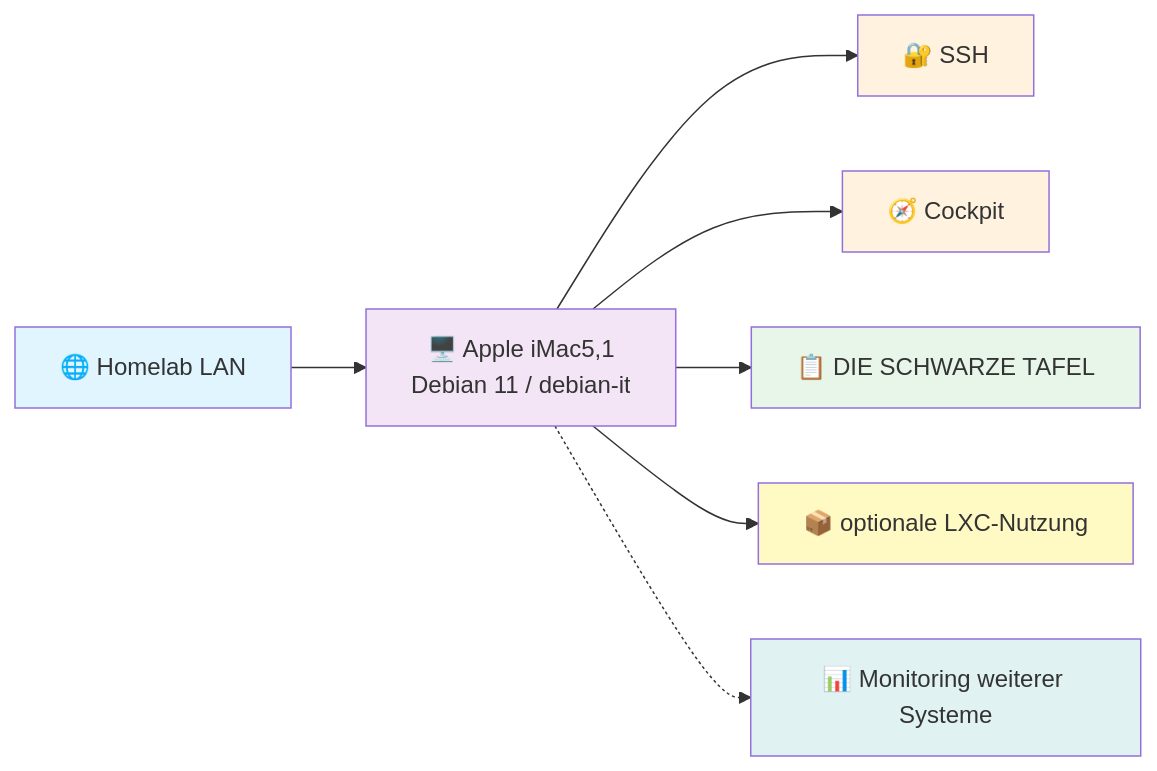
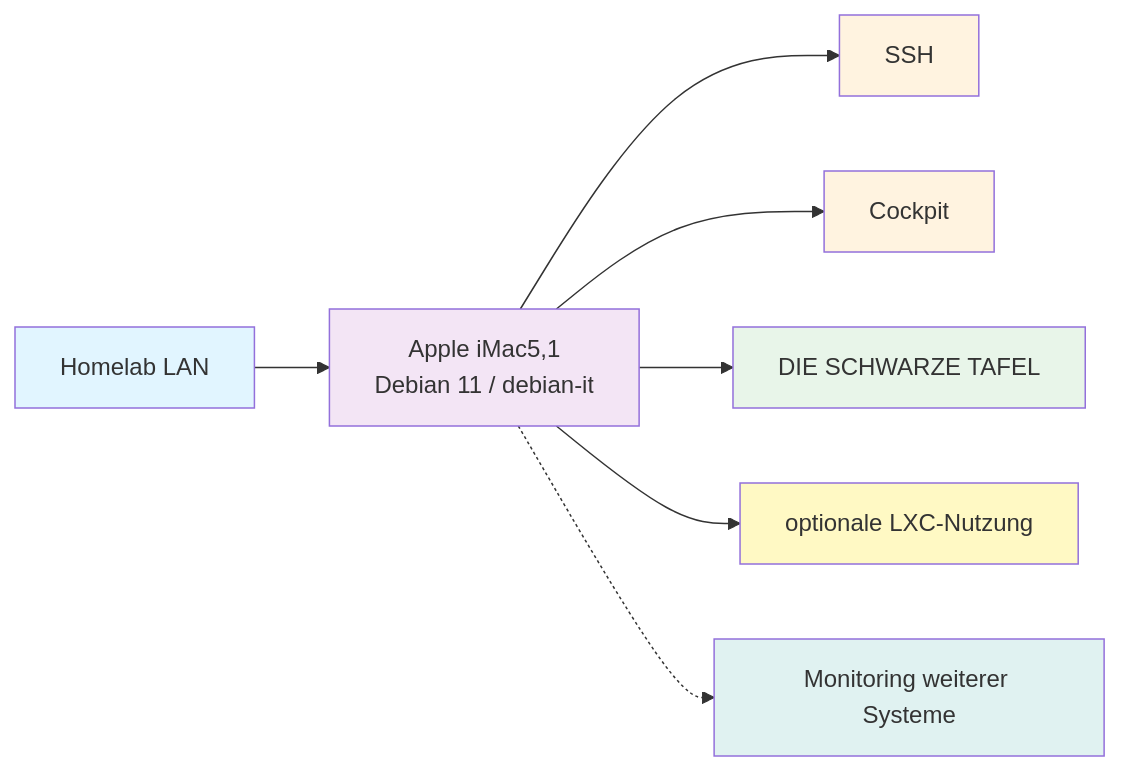
Before and after one commit to Hoinkkoma/imac-linux-: the diagram in README.md, drawn with Mermaid. The commit also changed other lines of this file, not shown here.

````diff
--- a/README.md
+++ b/README.md
@@ -26,17 +26,17 @@
 ```mermaid
 graph LR
-    LAN["🌐 Homelab LAN"] --> IMAC["🖥️ Apple iMac5,1\nDebian 11 / debian-it"]
-    IMAC --> SSH["🔐 SSH"]
-    IMAC --> COCKPIT["🧭 Cockpit"]
-    IMAC --> DASH["📋 DIE SCHWARZE TAFEL"]
-    IMAC --> LXC["📦 optionale LXC-Nutzung"]
-    IMAC -.-> MON["📊 Monitoring weiterer Systeme"]
+    LAN["Homelab LAN"] --> IMAC["Apple iMac5,1\nDebian 11 / debian-it"]
+    IMAC --> SSH["SSH"]
+    IMAC --> COCKPIT["Cockpit"]
+    IMAC --> DASH["DIE SCHWARZE TAFEL"]
+    IMAC --> LXC["optionale LXC-Nutzung"]
+    IMAC -.-> MON["Monitoring weiterer Systeme"]
 
     style LAN fill:#e1f5ff
     style IMAC fill:#f3e5f5
     style SSH fill:#fff3e0
     style COCKPIT fill:#fff3e0
     style DASH fill:#e8f5e9
     style LXC fill:#fff9c4
     style MON fill:#e0f2f1
 ```
````
